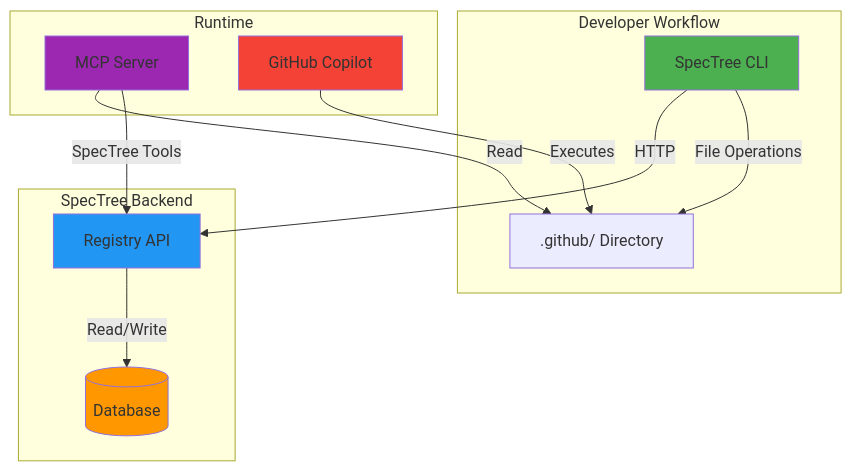
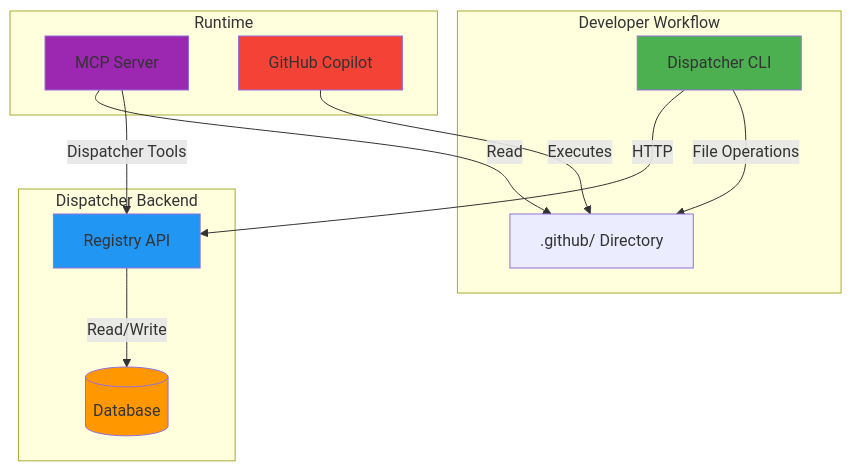
The first of 6 diagrams in docs/architecture/skill-packs.md (agorsky/SpecTree), drawn with Mermaid before and after one commit. The commit also changed other lines of this file and 91 other files, not shown here.

First line of the commit message:
ENG-8: Tests and documentation rebrand — SpecTree to Dispatcher

````diff
--- a/docs/architecture/skill-packs.md
+++ b/docs/architecture/skill-packs.md
@@ -11,30 +11,30 @@
 ```mermaid
 graph TB
-    CLI[SpecTree CLI] -->|HTTP| Registry[Registry API]
+    CLI[Dispatcher CLI] -->|HTTP| Registry[Registry API]
     Registry -->|Read/Write| DB[(Database)]
     CLI -->|File Operations| FS[.github/ Directory]
     MCP[MCP Server] -->|Read| FS
     Copilot[GitHub Copilot] -->|Executes| FS
-    MCP -->|SpecTree Tools| Registry
+    MCP -->|Dispatcher Tools| Registry
     
     subgraph "Developer Workflow"
         CLI
         FS
     end
     
-    subgraph "SpecTree Backend"
+    subgraph "Dispatcher Backend"
         Registry
         DB
     end
     
     subgraph "Runtime"
         MCP
         Copilot
     end
     
     style CLI fill:#4CAF50
     style Registry fill:#2196F3
     style DB fill:#FF9800
     style MCP fill:#9C27B0
     style Copilot fill:#F44336
 ```
````
